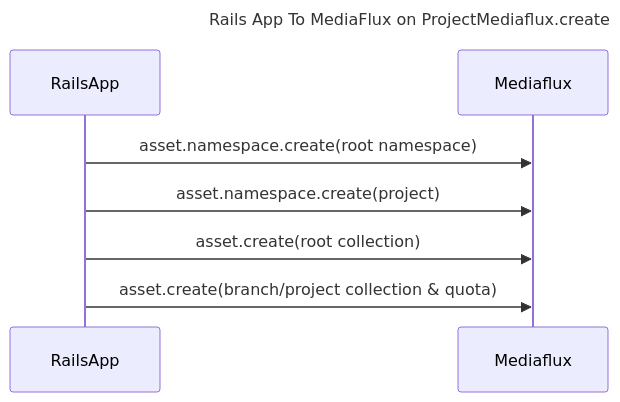
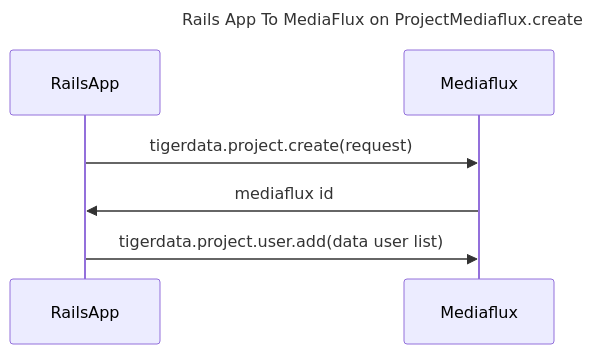
One commit to pulibrary/tigerdata-app changed the diagram in docs/mediaflux_create_calls.md. Above: the diagram before and after it, drawn with Mermaid.

Commit message:
Update sequence diagram for MediaFlux calls
Update now that we are utilizing custom calls

````diff
--- a/docs/mediaflux_create_calls.md
+++ b/docs/mediaflux_create_calls.md
@@ -3,10 +3,9 @@
 ```mermaid
 sequenceDiagram
   title Rails App To MediaFlux on ProjectMediaflux.create
 
-  RailsApp->>Mediaflux: asset.namespace.create(root namespace)
-  RailsApp->>Mediaflux: asset.namespace.create(project)
-  RailsApp->>Mediaflux: asset.create(root collection)
-  RailsApp->>Mediaflux: asset.create(branch/project collection & quota)
+  RailsApp->>Mediaflux: tigerdata.project.create(request)
+  Mediaflux->>RailsApp: mediaflux id
+  RailsApp->>Mediaflux: tigerdata.project.user.add(data user list)
 
 ```
````
